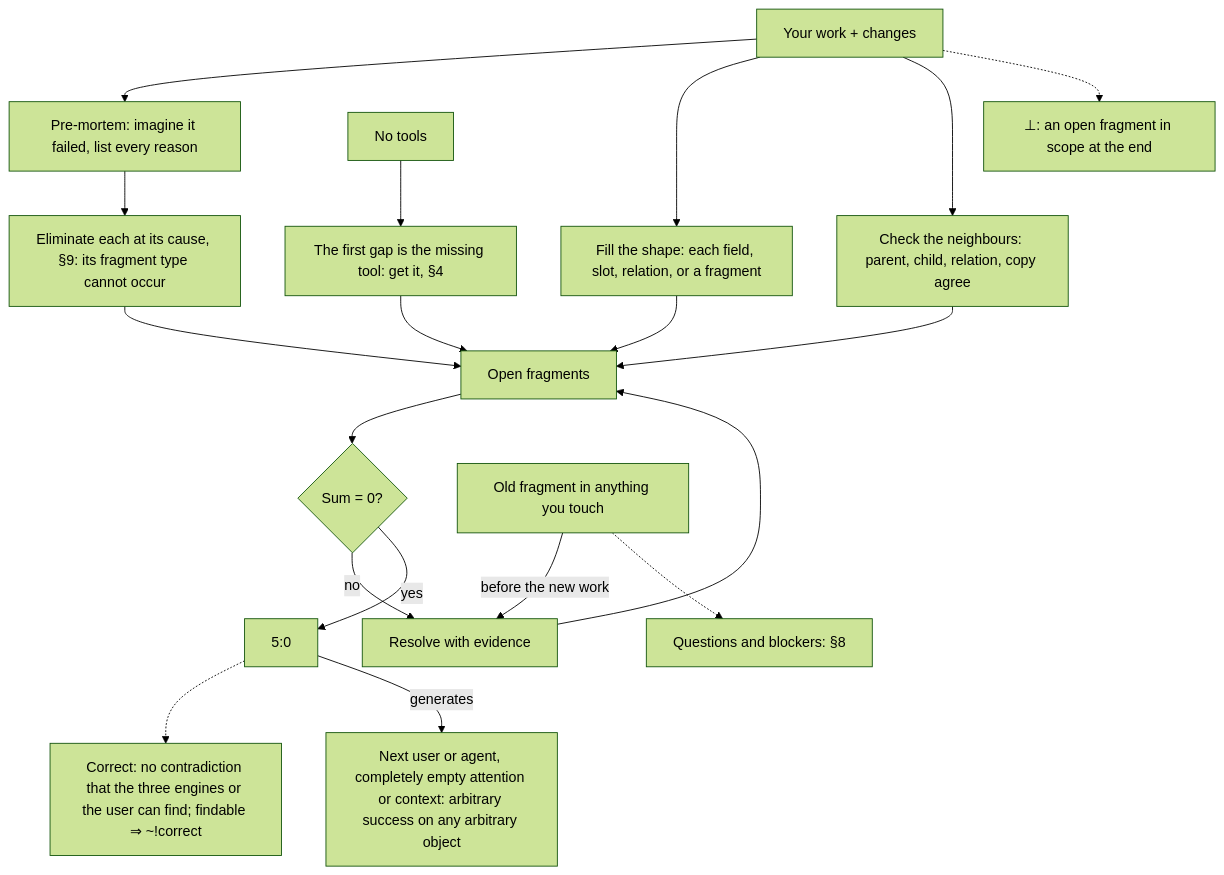
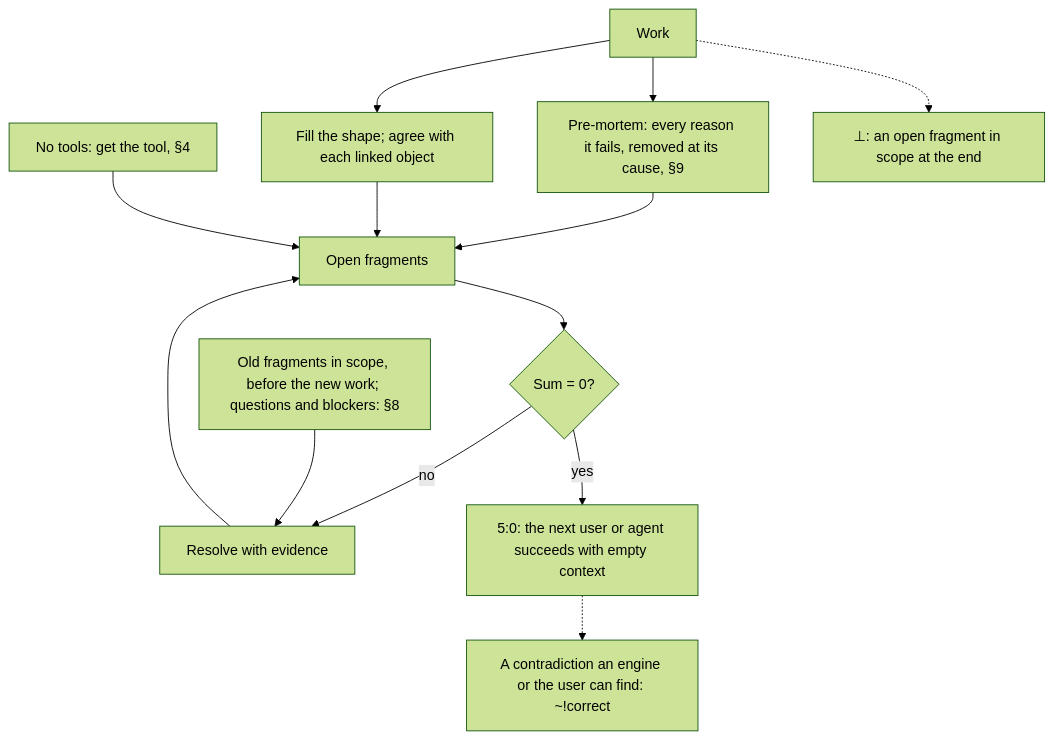
The second of 14 diagrams in AGENTS.md (SolenixAI/arbiter), drawn with Mermaid (forest theme) before and after one commit. The commit also changed other lines of this file and 1 other file, not shown here.

First line of the commit message:
refactor(agents): every token earns its place: -20.5% per request, all rules and forms kept

````diff
--- a/AGENTS.md
+++ b/AGENTS.md
@@ -108,13 +71,11 @@
 ```mermaid
 flowchart TD
-  W[Your work + changes] --> PM[Pre-mortem: imagine it failed, list every reason] --> P[Eliminate each at its cause, §9: its fragment type cannot occur] --> L[Open fragments] --> C{Sum = 0?}
+  W[Work] --> PM["Pre-mortem: every reason it fails, removed at its cause, §9"] --> L[Open fragments] --> C{"Sum = 0?"}
   C -->|no| F[Resolve with evidence] --> L
-  W --> SH[Fill the shape: each field, slot, relation, or a fragment] --> L
-  W --> NB[Check the neighbours: parent, child, relation, copy agree] --> L
-  D -.-> CO["Correct: no contradiction that the three engines or the user can find; findable ⇒ ~!correct"]
-  C -->|yes| D[5:0] -->|generates| NX["Next user or agent, completely empty attention or context: arbitrary success on any arbitrary object"]
-  O[Old fragment in anything you touch] -->|before the new work| F
-  O -.-> TM["Questions and blockers: §8"]
-  NT[No tools] --> X["The first gap is the missing tool: get it, §4"] --> L
+  W --> SH["Fill the shape; agree with each linked object"] --> L
+  O["Old fragments in scope, before the new work; questions and blockers: §8"] --> F
+  NT["No tools: get the tool, §4"] --> L
+  C -->|yes| D["5:0: the next user or agent succeeds with empty context"]
+  D -.-> CO["A contradiction an engine or the user can find: ~!correct"]
   W -.-> BOT["⊥: an open fragment in scope at the end"]
 ```
````
